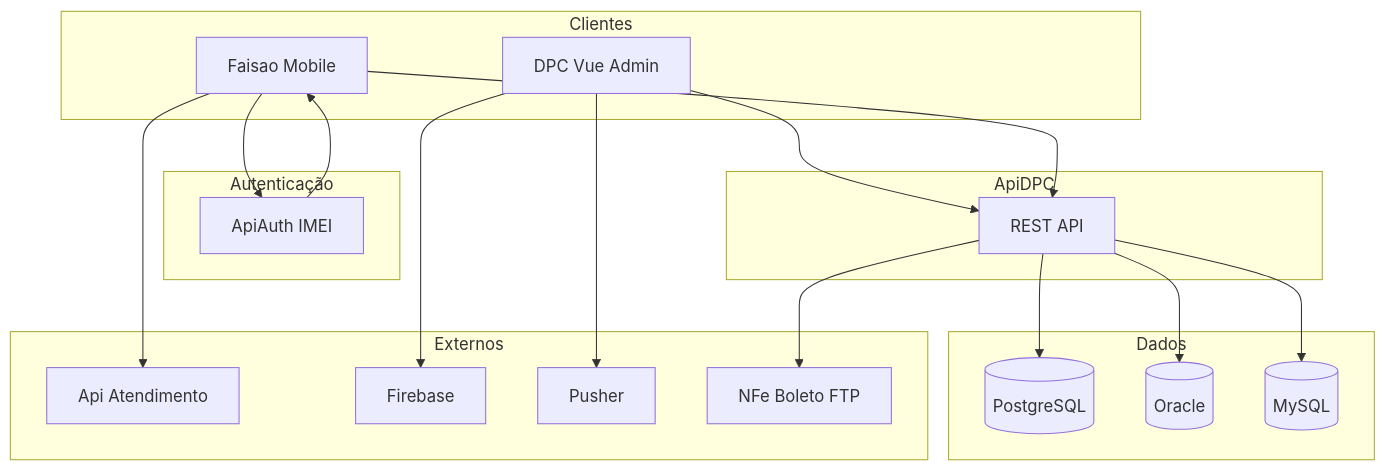
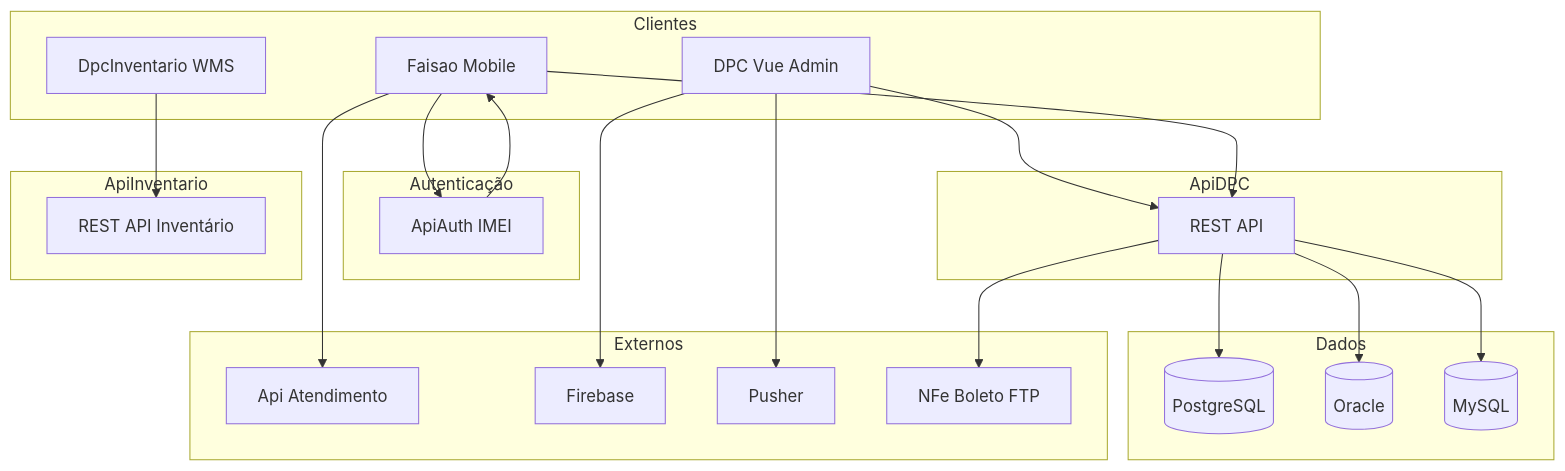
One commit to jbmchd/dpc-claude-folder changed the diagram in docs/arquitetura/visao-geral-ecossistema-dpc.md. Above: the diagram before and after it, drawn with Mermaid. The commit also changed other lines of this file and 4 other files, not shown here.

````diff
--- a/docs/arquitetura/visao-geral-ecossistema-dpc.md
+++ b/docs/arquitetura/visao-geral-ecossistema-dpc.md
@@ -19,35 +20,40 @@
 ```mermaid
 flowchart TB
     subgraph clients [Clientes]
         DPC[DPC Vue Admin]
         Faisao[Faisao Mobile]
+        Inventario[DpcInventario WMS]
     end
     subgraph auth [Autenticação]
         ApiAuth[ApiAuth IMEI]
     end
     subgraph core [ApiDPC]
         API[REST API]
+    end
+    subgraph inv [ApiInventario]
+        ApiInv[REST API Inventário]
     end
     subgraph data [Dados]
         PG[(PostgreSQL)]
         ORA[(Oracle)]
         MYSQL[(MySQL)]
     end
     subgraph external [Externos]
         ApiAtend[Api Atendimento]
         Firebase[Firebase]
         Pusher[Pusher]
         NFe[NFe Boleto FTP]
     end
     DPC --> API
     Faisao --> ApiAuth
     ApiAuth --> Faisao
     Faisao --> API
     Faisao --> ApiAtend
     DPC --> Firebase
     DPC --> Pusher
     API --> PG
     API --> ORA
     API --> MYSQL
     API --> NFe
+    Inventario --> ApiInv
 ```
````
